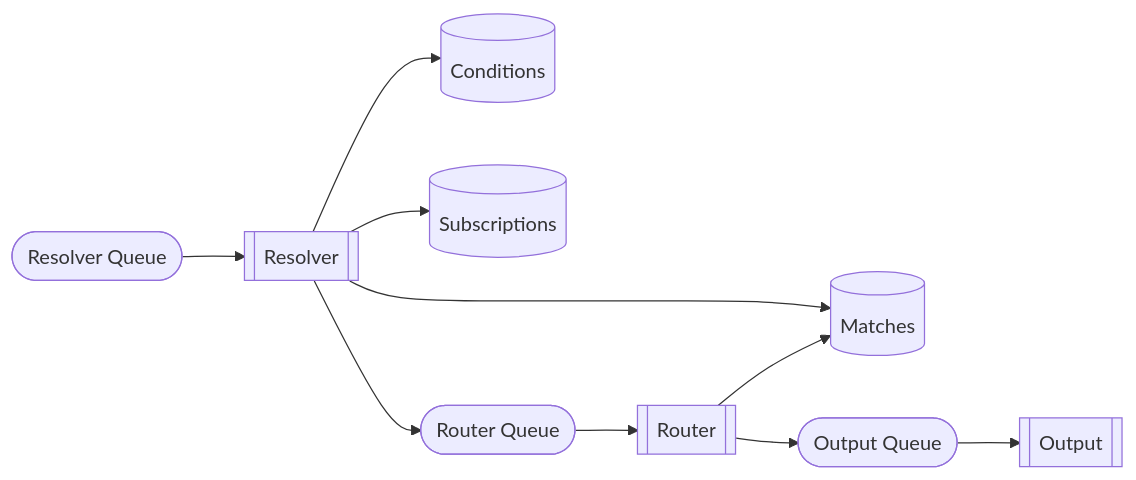
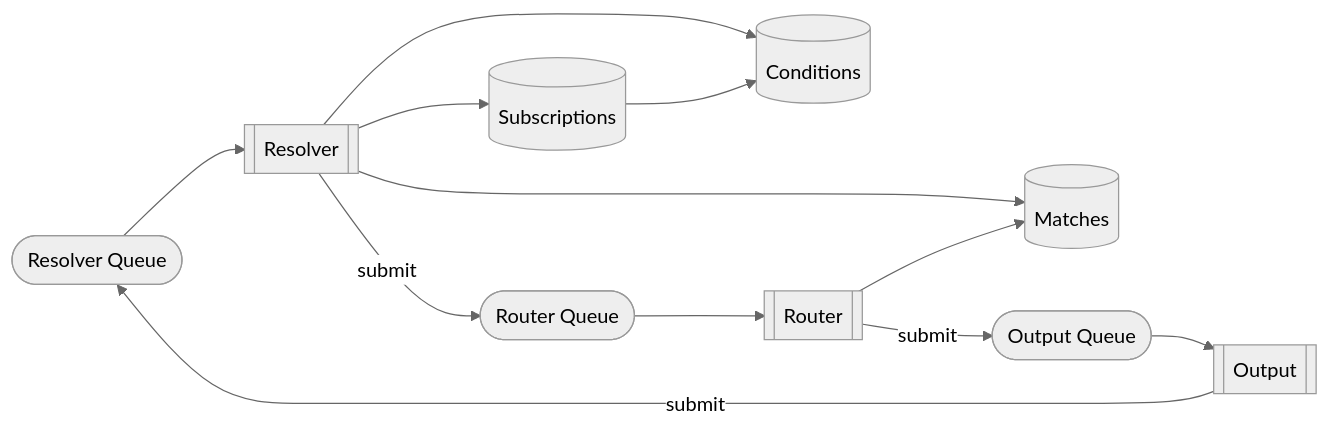
Before and after one commit to awakari/.github: the second of 2 diagrams in profile/README.md, drawn with Mermaid.

````diff
--- a/profile/README.md
+++ b/profile/README.md
@@ -161,17 +161,19 @@
 ```mermaid
+%%{init: {'theme': 'neutral' } }%%
 flowchart LR
     resolverQueue([Resolver Queue])
     resolver[[Resolver]]
     conditions[(Conditions)]
     subscriptions[(Subscriptions)]
     matches[(Matches)]
     routerQueue([Router Queue])
     router[[Router]]
     outputQueue([Output Queue])
     output[[Output]]
-    resolverQueue --> resolver --> routerQueue --> router --> outputQueue --> output
+    -->|submit| resolverQueue --> resolver -->|submit| routerQueue --> router -->|submit| outputQueue --> output
     resolver --> conditions
     resolver --> subscriptions
     resolver --> matches
+    subscriptions --> conditions
     router --> matches
 ```
````
